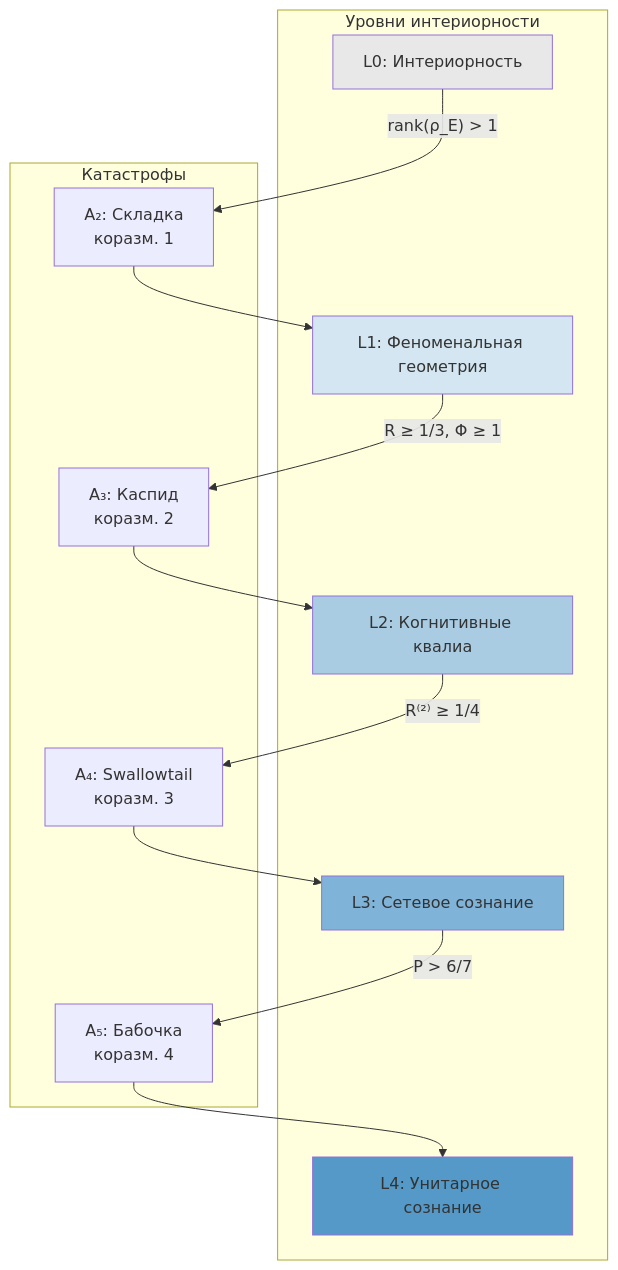
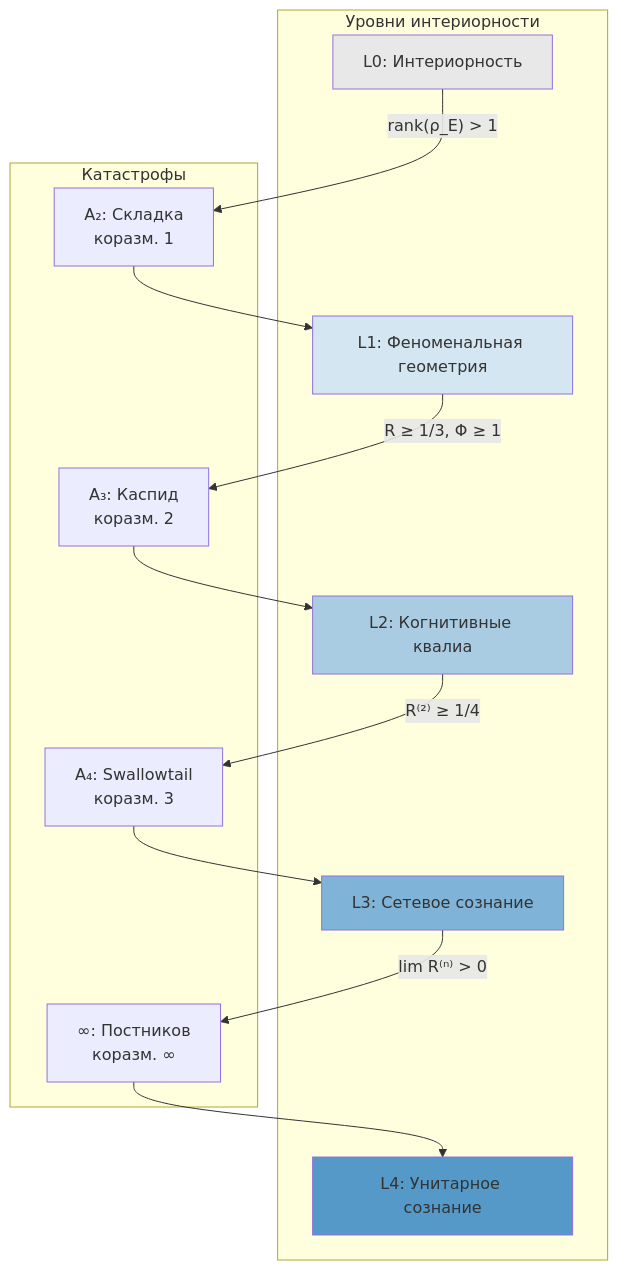
One commit to uhm-theory/holon changed the diagram in website/docs/consciousness/hierarchy/swallowtail-transitions.md. Above: the diagram before and after it, drawn with Mermaid. The commit also changed other lines of this file and 44 other files, not shown here.

````diff
--- a/website/docs/consciousness/hierarchy/swallowtail-transitions.md
+++ b/website/docs/consciousness/hierarchy/swallowtail-transitions.md
@@ -243,28 +239,28 @@
 ```mermaid
 graph TD
     subgraph Levels["Уровни интериорности"]
         L0["L0: Интериорность"]
         L1["L1: Феноменальная геометрия"]
         L2["L2: Когнитивные квалиа"]
         L3["L3: Сетевое сознание"]
         L4["L4: Унитарное сознание"]
     end
 
     subgraph Catastrophes["Катастрофы"]
         A2["A₂: Складка<br/>коразм. 1"]
         A3["A₃: Каспид<br/>коразм. 2"]
         A4["A₄: Swallowtail<br/>коразм. 3"]
-        A5["A₅: Бабочка<br/>коразм. 4"]
+        A5["∞: Постников<br/>коразм. ∞"]
     end
 
     L0 --> |"rank(ρ_E) > 1"| A2 --> L1
     L1 --> |"R ≥ 1/3, Φ ≥ 1"| A3 --> L2
     L2 --> |"R⁽²⁾ ≥ 1/4"| A4 --> L3
-    L3 --> |"P > 6/7"| A5 --> L4
+    L3 --> |"lim R⁽ⁿ⁾ > 0"| A5 --> L4
 
     style L0 fill:#e8e8e8
     style L1 fill:#d4e6f1
     style L2 fill:#a9cce3
     style L3 fill:#7fb3d8
     style L4 fill:#5499c7
 ```
````
